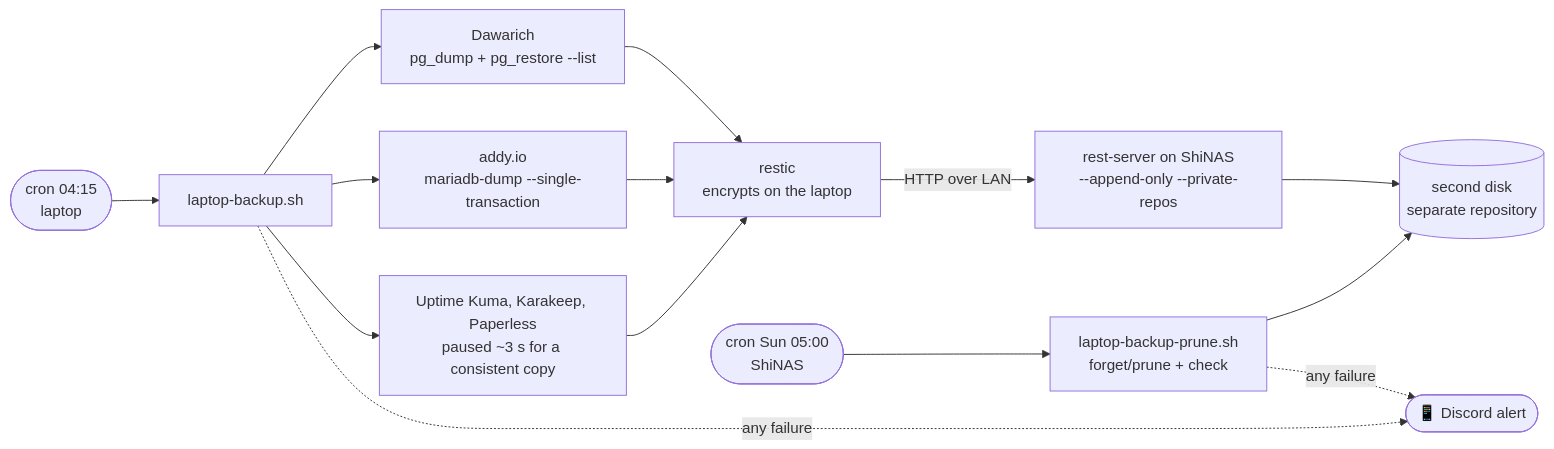
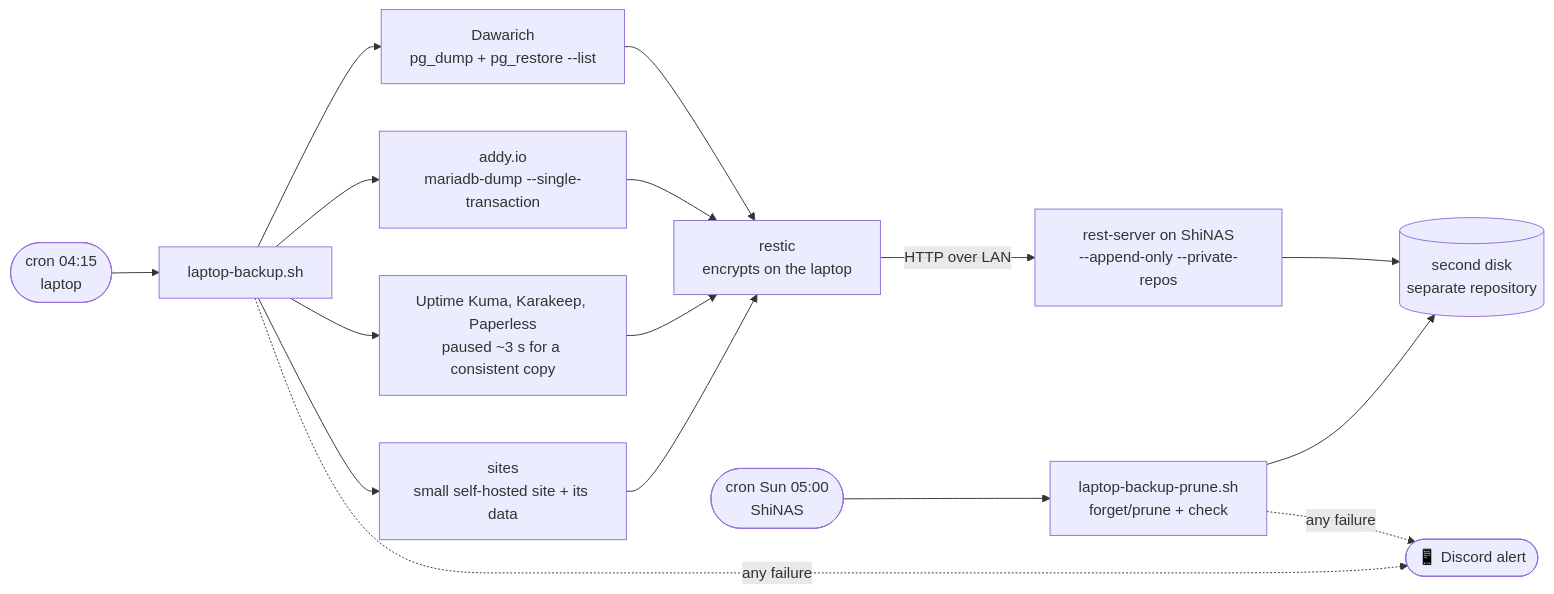
The second of 3 diagrams in docs/infrastructure/backups.md (Shineori/homelab), drawn with Mermaid before and after one commit. The commit also changed other lines of this file and 16 other files, not shown here.

````diff
--- a/docs/infrastructure/backups.md
+++ b/docs/infrastructure/backups.md
@@ -154,16 +173,18 @@
 ```mermaid
 flowchart LR
     cron([cron 04:15<br/>laptop]) --> s[laptop-backup.sh]
     s --> d[Dawarich<br/>pg_dump + pg_restore --list]
     s --> a[addy.io<br/>mariadb-dump --single-transaction]
     s --> p[Uptime Kuma, Karakeep, Paperless<br/>paused ~3 s for a consistent copy]
+    s --> w[sites<br/>small self-hosted site + its data]
     d --> r[restic<br/>encrypts on the laptop]
     a --> r
     p --> r
+    w --> r
     r -- HTTP over LAN --> rs[rest-server on ShiNAS<br/>--append-only --private-repos]
     rs --> repo[(second disk<br/>separate repository)]
     nas([cron Sun 05:00<br/>ShiNAS]) --> pr[laptop-backup-prune.sh<br/>forget/prune + check]
     pr --> repo
     s -. any failure .-> dc([📱 Discord alert])
     pr -. any failure .-> dc
 ```
````
